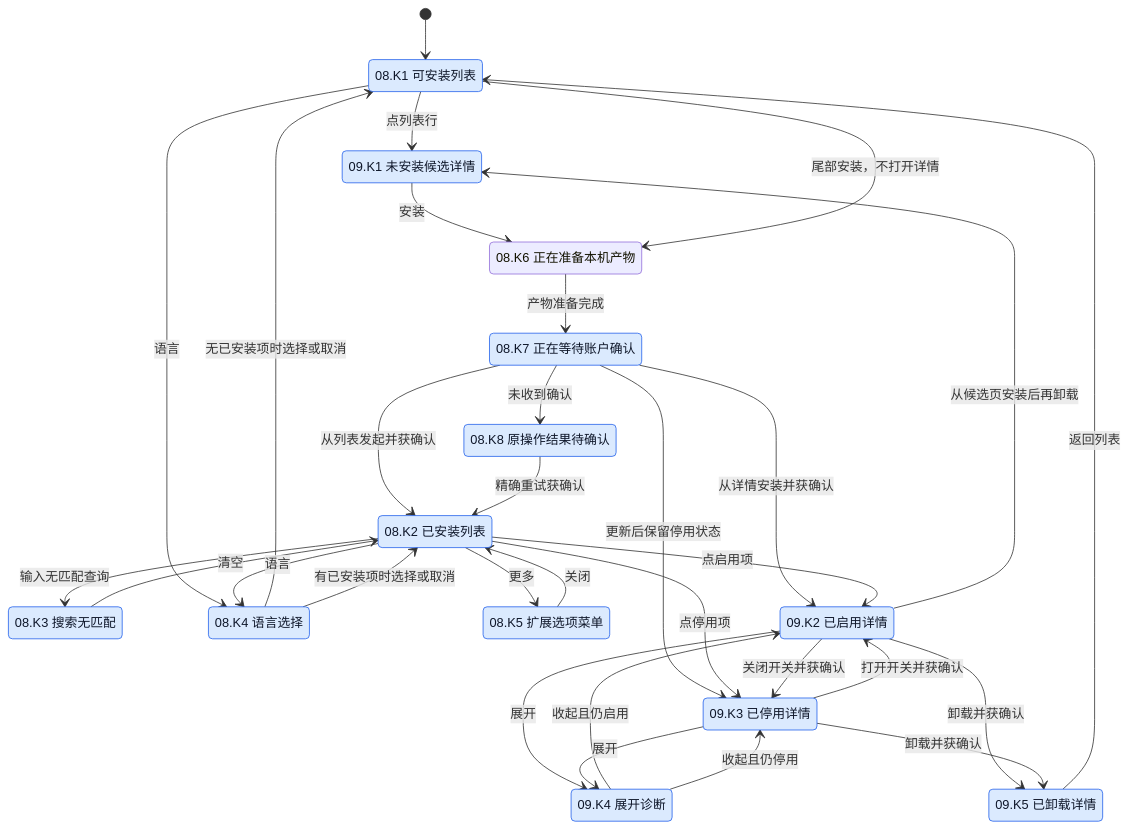
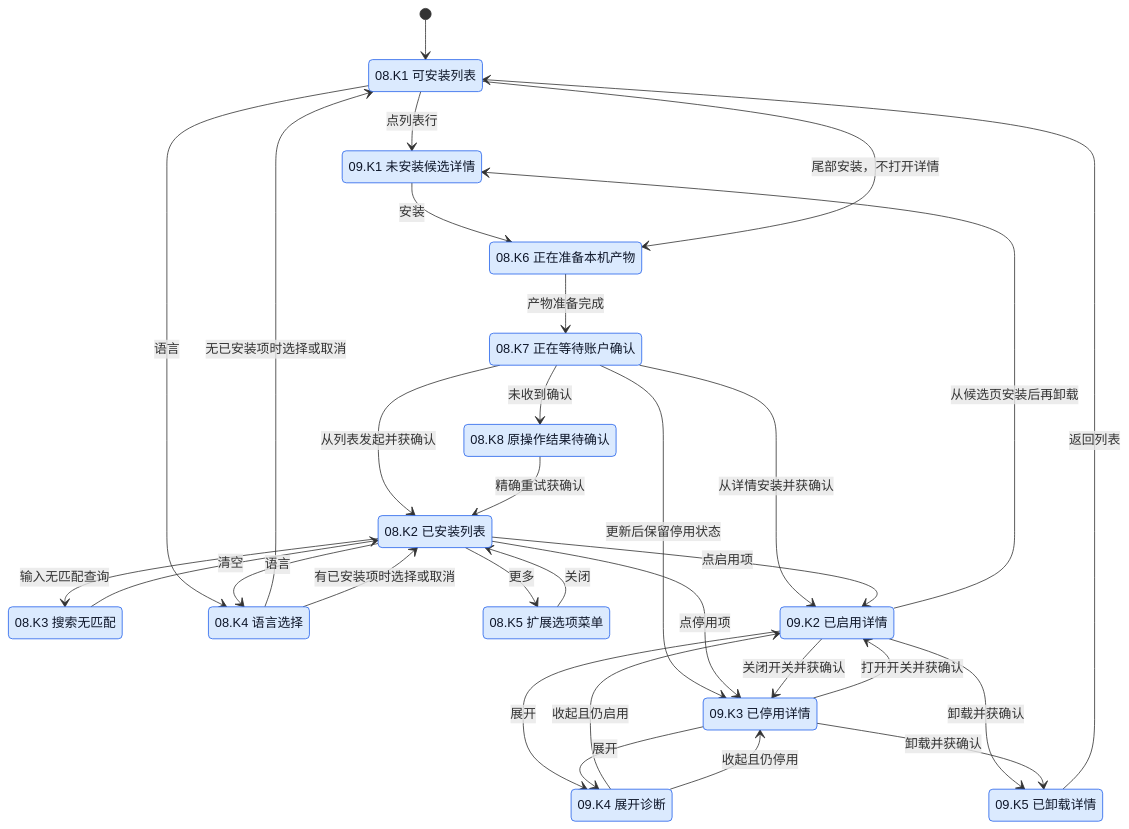
Diagram 17 of 21 in docs/verification/mihon-state-coverage.md (Wybxc/karuyomi), drawn with Mermaid before and after one commit. The commit also changed other lines of this file and 11 other files, not shown here.

````diff
--- a/docs/verification/mihon-state-coverage.md
+++ b/docs/verification/mihon-state-coverage.md
@@ -1562,48 +1562,48 @@
 ```mermaid
 stateDiagram-v2
     [*] --> Available
     state "08.K1 可安装列表" as Available
     state "08.K2 已安装列表" as Installed
     state "08.K3 搜索无匹配" as EmptySearch
     state "08.K4 语言选择" as Language
     state "08.K5 扩展选项菜单" as Options
     state "08.K6 正在准备本机产物" as Preparing
     state "08.K7 正在等待账户确认" as Saving
     state "08.K8 原操作结果待确认" as Pending
     state "09.K1 未安装候选详情" as Candidate
     state "09.K2 已启用详情" as Enabled
     state "09.K3 已停用详情" as Disabled
     state "09.K4 展开诊断" as Diagnostics
     state "09.K5 已卸载详情" as Uninstalled
     Available --> Candidate: 点列表行
     Candidate --> Preparing: 安装
     Available --> Preparing: 尾部安装，不打开详情
     Preparing --> Saving: 产物准备完成
     Saving --> Installed: 从列表发起并获确认
     Saving --> Enabled: 从详情安装并获确认
     Saving --> Disabled: 更新后保留停用状态
     Saving --> Pending: 未收到确认
     Pending --> Installed: 精确重试获确认
     Installed --> EmptySearch: 输入无匹配查询
     EmptySearch --> Installed: 清空
     Available --> Language: 语言
     Installed --> Language: 语言
     Language --> Available: 无已安装项时选择或取消
     Language --> Installed: 有已安装项时选择或取消
     Installed --> Options: 更多
     Options --> Installed: 关闭
     Installed --> Enabled: 点启用项
     Installed --> Disabled: 点停用项
     Enabled --> Disabled: 关闭开关并获确认
     Disabled --> Enabled: 打开开关并获确认
     Enabled --> Diagnostics: 展开
     Disabled --> Diagnostics: 展开
     Diagnostics --> Enabled: 收起且仍启用
     Diagnostics --> Disabled: 收起且仍停用
     Enabled --> Uninstalled: 卸载并获确认
     Disabled --> Uninstalled: 卸载并获确认
     Uninstalled --> Available: 返回列表
     Enabled --> Candidate: 从候选页安装后再卸载
     classDef paired fill:#dbeafe,stroke:#2563eb,color:#0f172a
-    class Available,Installed,EmptySearch,Language,Options,Saving,Pending,Candidate,Enabled,Disabled,Diagnostics,Uninstalled paired
+    class Available,Installed,EmptySearch,Language,Options,Preparing,Saving,Pending,Candidate,Enabled,Disabled,Diagnostics,Uninstalled paired
 ```
````
